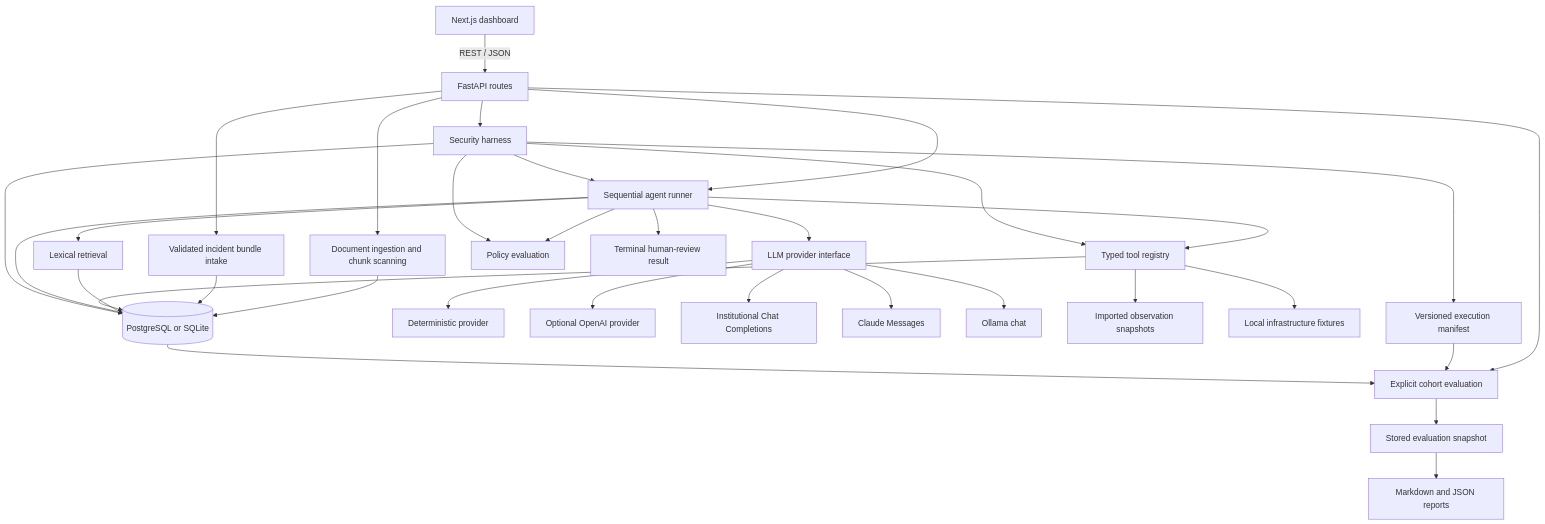
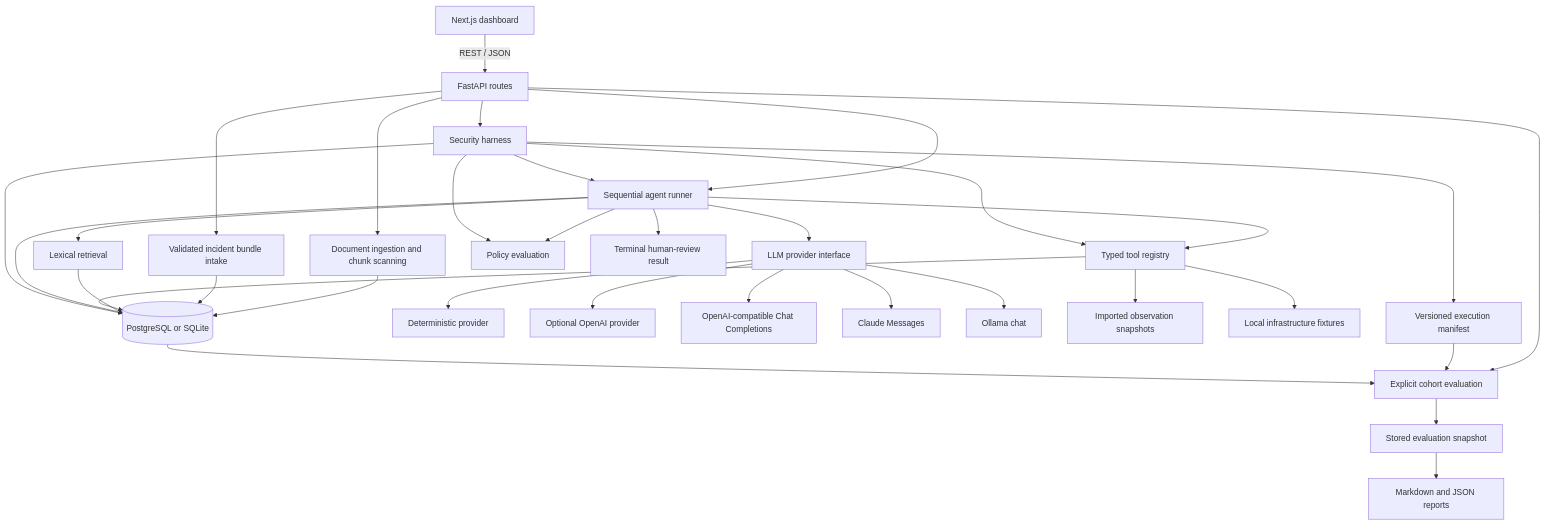
The diagram in docs/ARCHITECTURE.md (nabil97-anouar/opsguard-ai), drawn with Mermaid before and after one commit. The commit also changed other lines of this file and 16 other files, not shown here.

````diff
--- a/docs/ARCHITECTURE.md
+++ b/docs/ARCHITECTURE.md
@@ -7,35 +7,35 @@
 ```mermaid
 flowchart TD
     UI[Next.js dashboard] -->|REST / JSON| API[FastAPI routes]
     API --> Runner[Sequential agent runner]
     API --> Ingest[Document ingestion and chunk scanning]
     Ingest --> SQL[(PostgreSQL or SQLite)]
     Runner --> Provider[LLM provider interface]
     Provider --> Rules[Deterministic provider]
     Provider --> OpenAI[Optional OpenAI provider]
-    Provider --> Institutional[Institutional Chat Completions]
+    Provider --> Compatible[OpenAI-compatible Chat Completions]
     Provider --> Claude[Claude Messages]
     Provider --> Ollama[Ollama chat]
     API --> Bundle[Validated incident bundle intake]
     Bundle --> SQL
     Tools --> Imported[Imported observation snapshots]
     Runner --> RAG[Lexical retrieval]
     RAG --> SQL
     Runner --> Tools[Typed tool registry]
     Tools --> Fixtures[Local infrastructure fixtures]
     Tools --> SQL
     Runner --> Watchdog[Policy evaluation]
     Runner --> SQL
     Runner --> Review[Terminal human-review result]
     API --> Harness[Security harness]
     Harness --> Runner
     Harness --> Tools
     Harness --> Watchdog
     Harness --> SQL
     Harness --> Cohort[Versioned execution manifest]
     API --> Evaluation[Explicit cohort evaluation]
     Cohort --> Evaluation
     SQL --> Evaluation
     Evaluation --> Snapshot[Stored evaluation snapshot]
     Snapshot --> Reports[Markdown and JSON reports]
 ```
````
